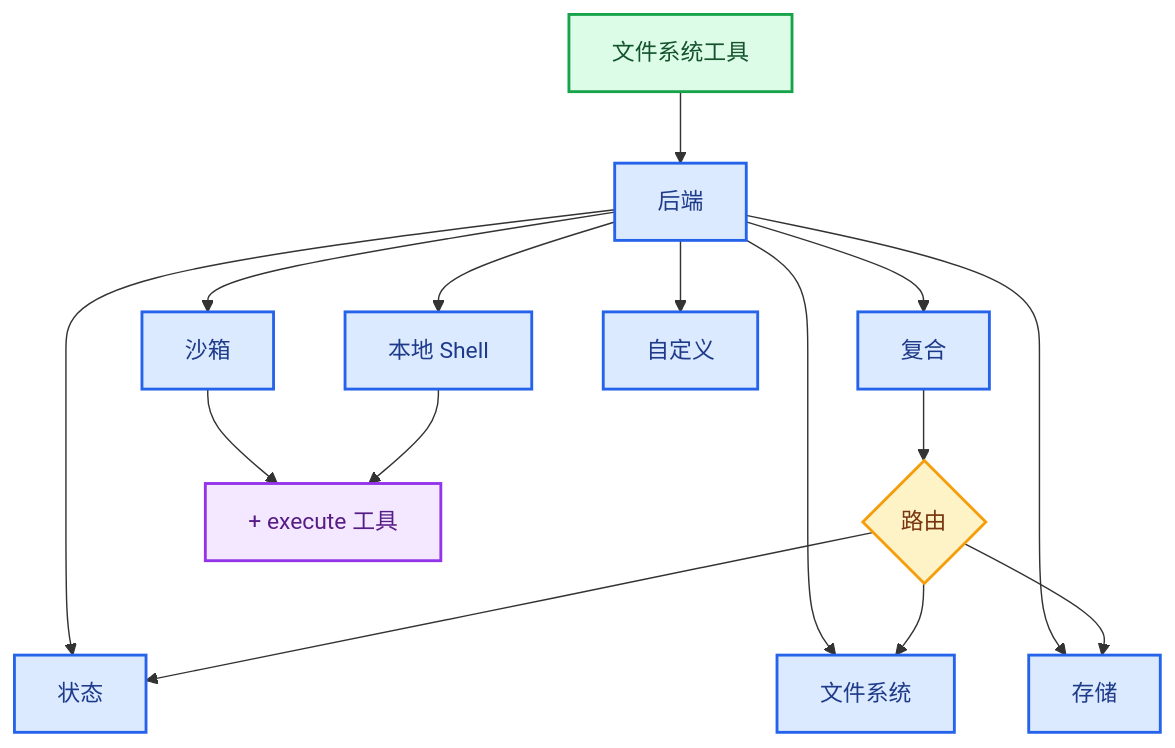
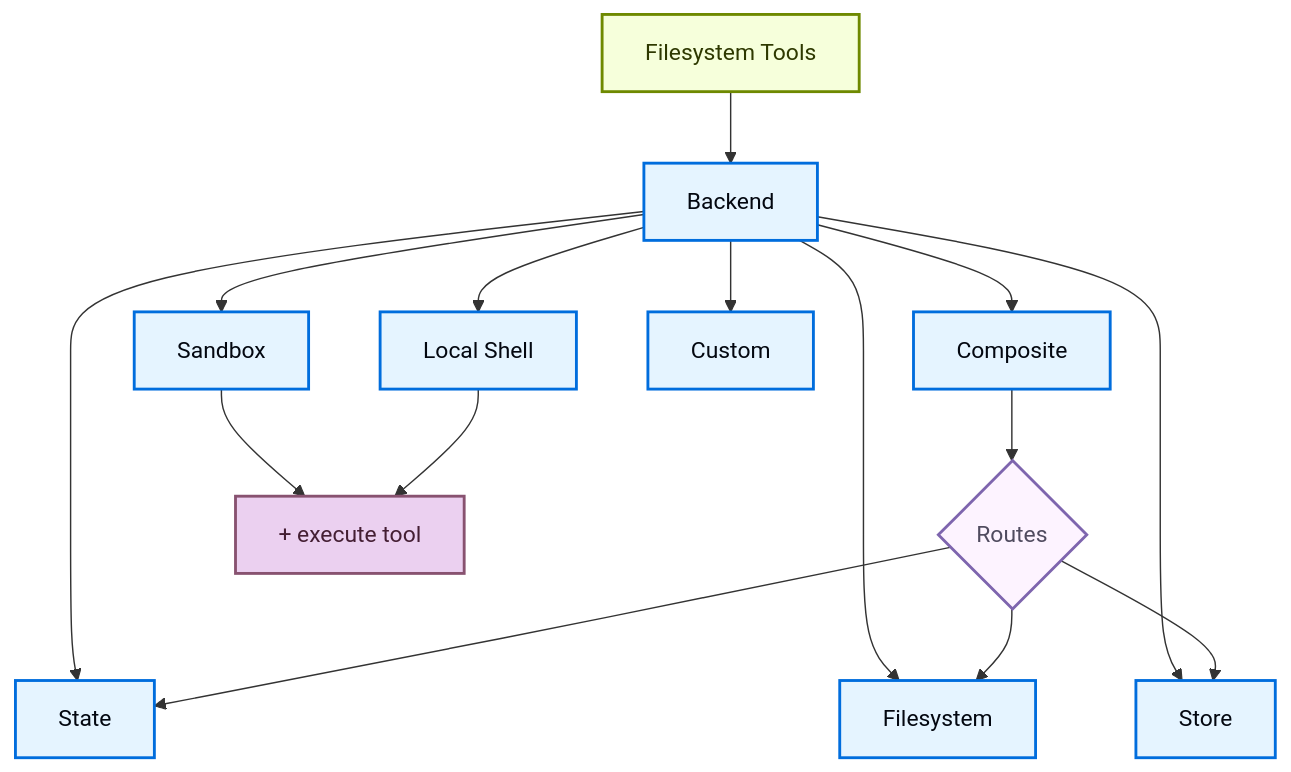
Before and after one commit to kunfan96/cndocs-langchain: the diagram in oss/javascript/deepagents/backends.mdx, drawn with Mermaid. The commit also changed other lines of this file and 2538 other files, not shown here.

````diff
--- a/oss/javascript/deepagents/backends.mdx
+++ b/oss/javascript/deepagents/backends.mdx
@@ -46,30 +51,30 @@
 ```mermaid
 graph TB
-    Tools[文件系统工具] --> Backend[后端]
+    Tools[Filesystem Tools] --> Backend[Backend]
 
-    Backend --> State[状态]
-    Backend --> Disk[文件系统]
-    Backend --> Store[存储]
-    Backend --> Sandbox[沙箱]
-    Backend --> LocalShell[本地 Shell]
-    Backend --> Composite[复合]
-    Backend --> Custom[自定义]
+    Backend --> State[State]
+    Backend --> Disk[Filesystem]
+    Backend --> Store[Store]
+    Backend --> Sandbox[Sandbox]
+    Backend --> LocalShell[Local Shell]
+    Backend --> Composite[Composite]
+    Backend --> Custom[Custom]
 
-    Composite --> Router{路由}
+    Composite --> Router{Routes}
     Router --> State
     Router --> Disk
     Router --> Store
 
-    Sandbox --> Execute["#43; execute 工具"]
-    LocalShell --> Execute["#43; execute 工具"]
+    Sandbox --> Execute["#43; execute tool"]
+    LocalShell --> Execute["#43; execute tool"]
 
-    classDef trigger fill:#DCFCE7,stroke:#16A34A,stroke-width:2px,color:#14532D
-    classDef process fill:#DBEAFE,stroke:#2563EB,stroke-width:2px,color:#1E3A8A
-    classDef decision fill:#FEF3C7,stroke:#F59E0B,stroke-width:2px,color:#78350F
-    classDef output fill:#F3E8FF,stroke:#9333EA,stroke-width:2px,color:#581C87
+    classDef trigger fill:#F6FFDB,stroke:#6E8900,stroke-width:2px,color:#2E3900
+    classDef process fill:#E5F4FF,stroke:#006DDD,stroke-width:2px,color:#030710
+    classDef decision fill:#FDF3FF,stroke:#7E65AE,stroke-width:2px,color:#504B5F
+    classDef output fill:#EBD0F0,stroke:#885270,stroke-width:2px,color:#441E33
 
     class Tools trigger
     class Backend,State,Disk,Store,Sandbox,LocalShell,Composite,Custom process
     class Router decision
     class Execute output
 ```
````
